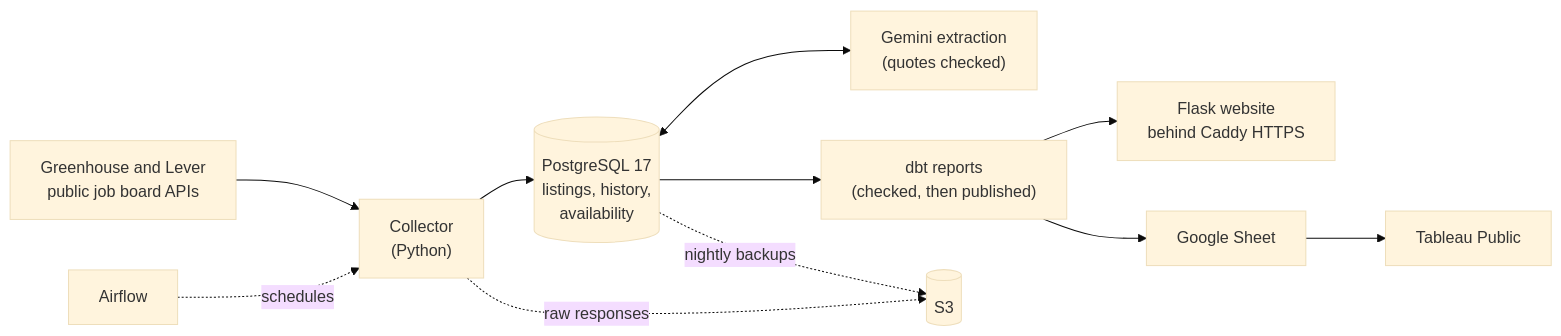
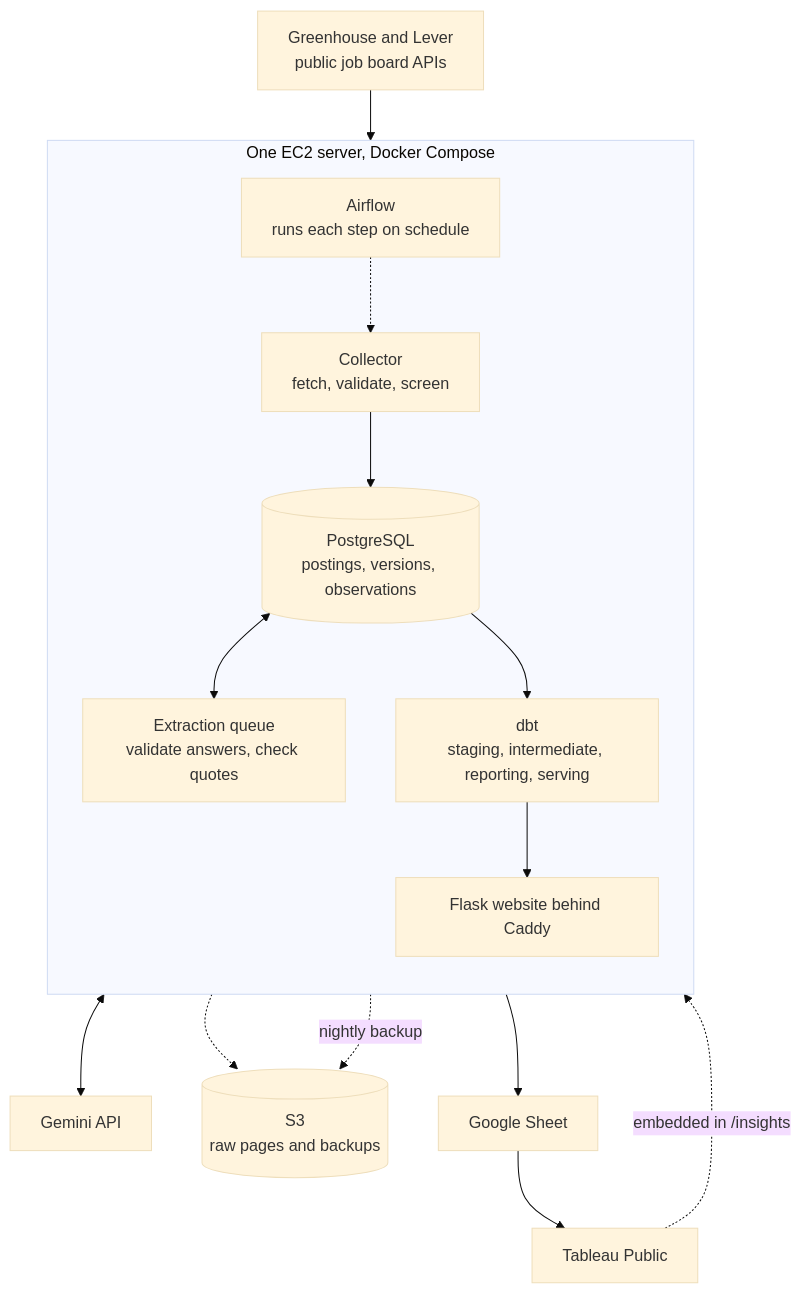
One commit to Niyog59/Job-Market-Intelligence changed the diagram in README.md. Above: the diagram before and after it, drawn with Mermaid (base theme). The commit also changed other lines of this file and 3 other files, not shown here.

````diff
--- a/README.md
+++ b/README.md
@@ -16,12 +94,30 @@
 ```mermaid
-flowchart LR
-    boards["Greenhouse and Lever<br/>public job board APIs"] --> collector["Collector<br/>(Python)"]
-    collector --> db[("PostgreSQL 17<br/>listings, history,<br/>availability")]
-    db <--> ai["Gemini extraction<br/>(quotes checked)"]
-    db --> dbt["dbt reports<br/>(checked, then published)"]
-    dbt --> site["Flask website<br/>behind Caddy HTTPS"]
-    dbt --> sheet["Google Sheet"] --> tableau["Tableau Public"]
-    collector -. raw responses .-> s3[("S3")]
-    db -. nightly backups .-> s3
-    airflow["Airflow"] -. schedules .-> collector
+flowchart TB
+    boards["Greenhouse and Lever<br/>public job board APIs"]
+    subgraph ec2["One EC2 server, Docker Compose"]
+        direction TB
+        af["Airflow<br/>runs each step on schedule"]
+        col["Collector<br/>fetch, validate, screen"]
+        pg[("PostgreSQL<br/>postings, versions, observations")]
+        ex["Extraction queue<br/>validate answers, check quotes"]
+        dbt["dbt<br/>staging, intermediate, reporting, serving"]
+        web["Flask website behind Caddy"]
+    end
+    gem["Gemini API"]
+    s3[("S3<br/>raw pages and backups")]
+    sheet["Google Sheet"]
+    tab["Tableau Public"]
+
+    boards --> col
+    af -.-> col
+    col --> pg
+    col -.-> s3
+    pg <--> ex
+    ex <--> gem
+    pg --> dbt
+    dbt --> web
+    dbt --> sheet
+    sheet --> tab
+    tab -. embedded in /insights .-> web
+    pg -. nightly backup .-> s3
 ```
````
